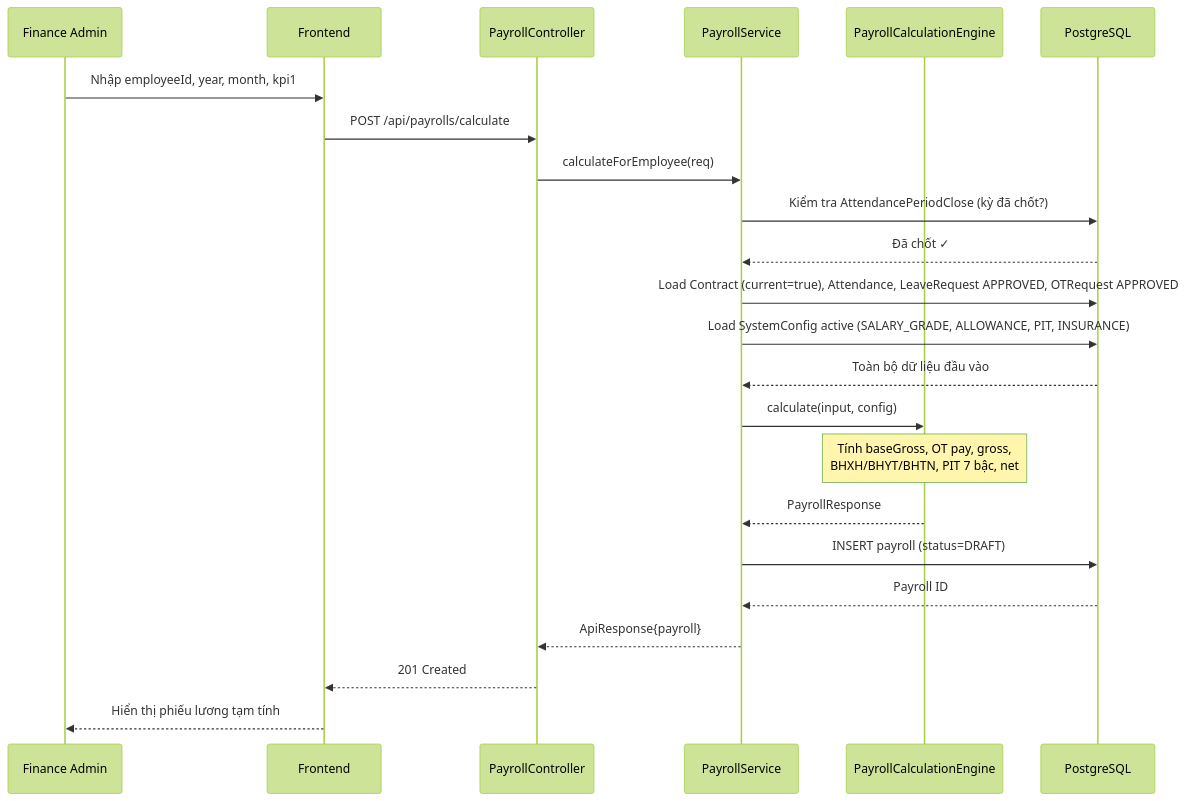
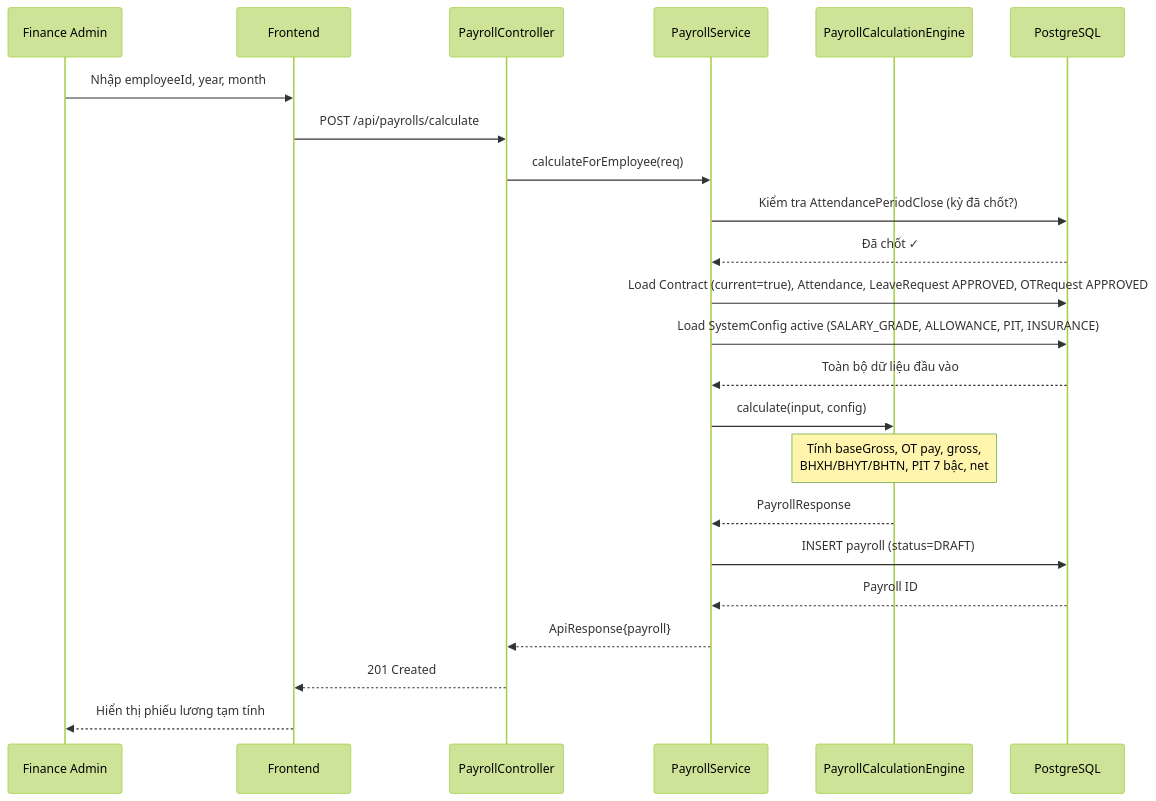
Before and after one commit to NBachTH/HRMS: diagram 17 of 19 in docs/DATN_20204812_NguyenThanhBach/DATN_20204812_NguyenThanhBach.md, drawn with Mermaid (forest theme). The commit also changed other lines of this file and 123 other files, not shown here.

````diff
--- a/docs/DATN_20204812_NguyenThanhBach/DATN_20204812_NguyenThanhBach.md
+++ b/docs/DATN_20204812_NguyenThanhBach/DATN_20204812_NguyenThanhBach.md
@@ -2079,26 +1661,26 @@
 ```mermaid
 sequenceDiagram
     participant FA as Finance Admin
     participant FE as Frontend
     participant PC as PayrollController
     participant PS as PayrollService
     participant PCE as PayrollCalculationEngine
     participant DB as PostgreSQL
 
-    FA->>FE: Nhập employeeId, year, month, kpi1
+    FA->>FE: Nhập employeeId, year, month
     FE->>PC: POST /api/payrolls/calculate
     PC->>PS: calculateForEmployee(req)
     PS->>DB: Kiểm tra AttendancePeriodClose (kỳ đã chốt?)
     DB-->>PS: Đã chốt ✓
     PS->>DB: Load Contract (current=true), Attendance, LeaveRequest APPROVED, OTRequest APPROVED
     PS->>DB: Load SystemConfig active (SALARY_GRADE, ALLOWANCE, PIT, INSURANCE)
     DB-->>PS: Toàn bộ dữ liệu đầu vào
     PS->>PCE: calculate(input, config)
     Note over PCE: Tính baseGross, OT pay, gross,<br/>BHXH/BHYT/BHTN, PIT 7 bậc, net
     PCE-->>PS: PayrollResponse
     PS->>DB: INSERT payroll (status=DRAFT)
     DB-->>PS: Payroll ID
     PS-->>PC: ApiResponse{payroll}
     PC-->>FE: 201 Created
     FE-->>FA: Hiển thị phiếu lương tạm tính
 ```
````
